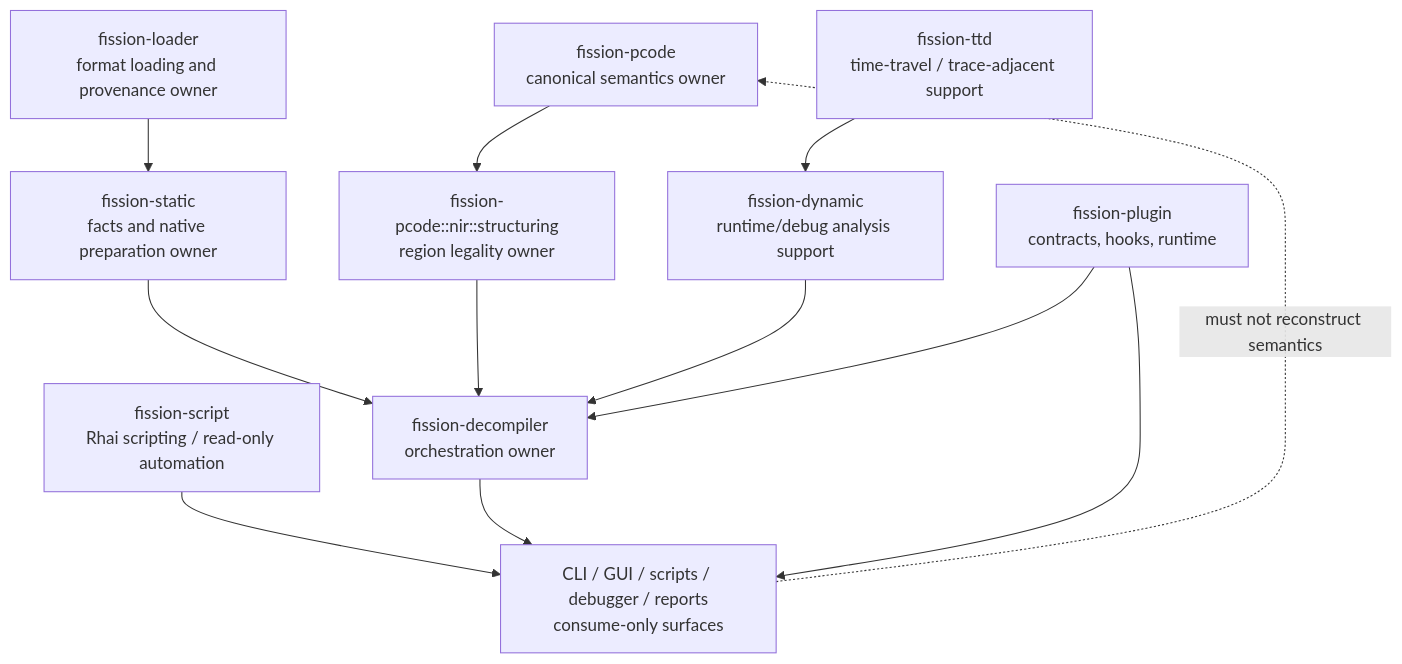
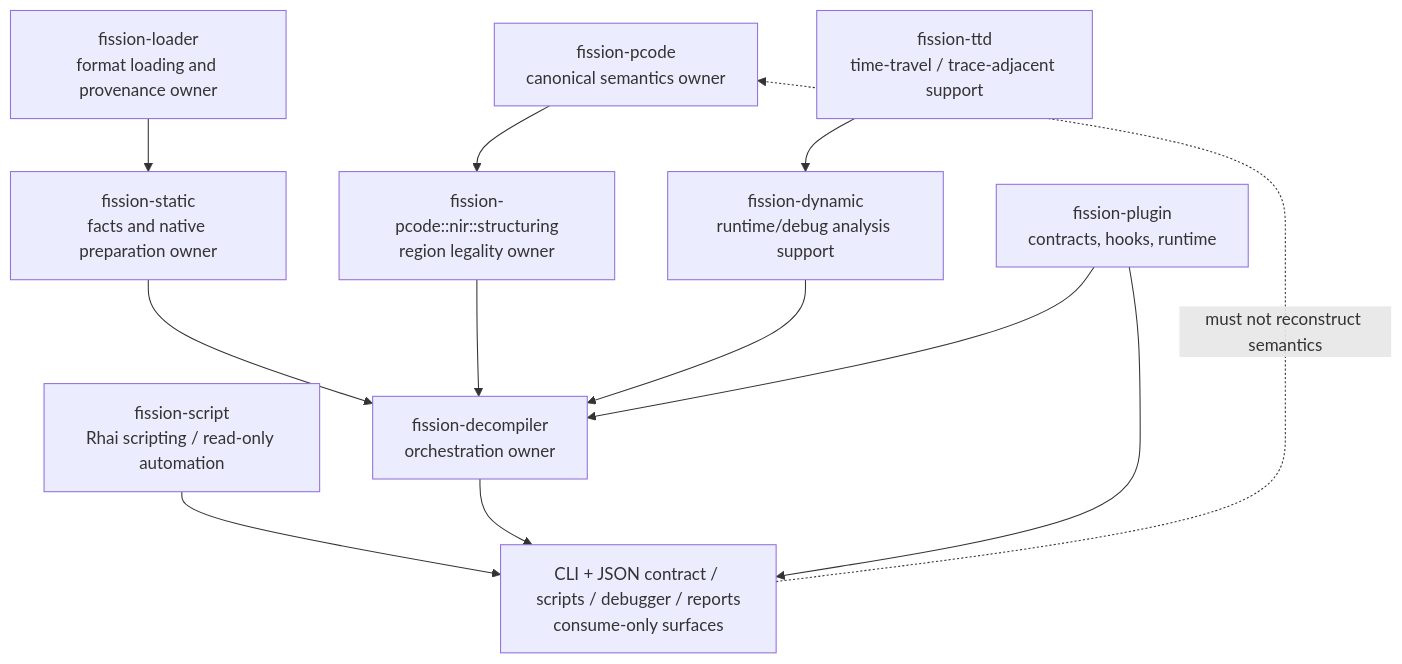
Before and after one commit to fission-systems/Fission: the first of 5 diagrams in docs/architecture/DIAGRAMS.md, drawn with Mermaid. The commit also changed 12 other files, not shown here.

````diff
--- a/docs/architecture/DIAGRAMS.md
+++ b/docs/architecture/DIAGRAMS.md
@@ -7,26 +7,26 @@
 ```mermaid
 flowchart TD
     Pcode["fission-pcode<br/>canonical semantics owner"]
     Structuring["fission-pcode::nir::structuring<br/>region legality owner"]
     Decompiler["fission-decompiler<br/>orchestration owner"]
     Static["fission-static<br/>facts and native preparation owner"]
     Loader["fission-loader<br/>format loading and provenance owner"]
     Script["fission-script<br/>Rhai scripting / read-only automation"]
     Dynamic["fission-dynamic<br/>runtime/debug analysis support"]
     TTD["fission-ttd<br/>time-travel / trace-adjacent support"]
     Plugin["fission-plugin<br/>contracts, hooks, runtime"]
-    Surfaces["CLI / GUI / scripts / debugger / reports<br/>consume-only surfaces"]
+    Surfaces["CLI + JSON contract / scripts / debugger / reports<br/>consume-only surfaces"]
 
     Loader --> Static
     Static --> Decompiler
     Pcode --> Structuring
     Structuring --> Decompiler
     Script --> Surfaces
     Dynamic --> Decompiler
     TTD --> Dynamic
     Plugin --> Decompiler
     Decompiler --> Surfaces
     Plugin --> Surfaces
 
     Surfaces -. "must not reconstruct semantics" .-> Pcode
 ```
````
